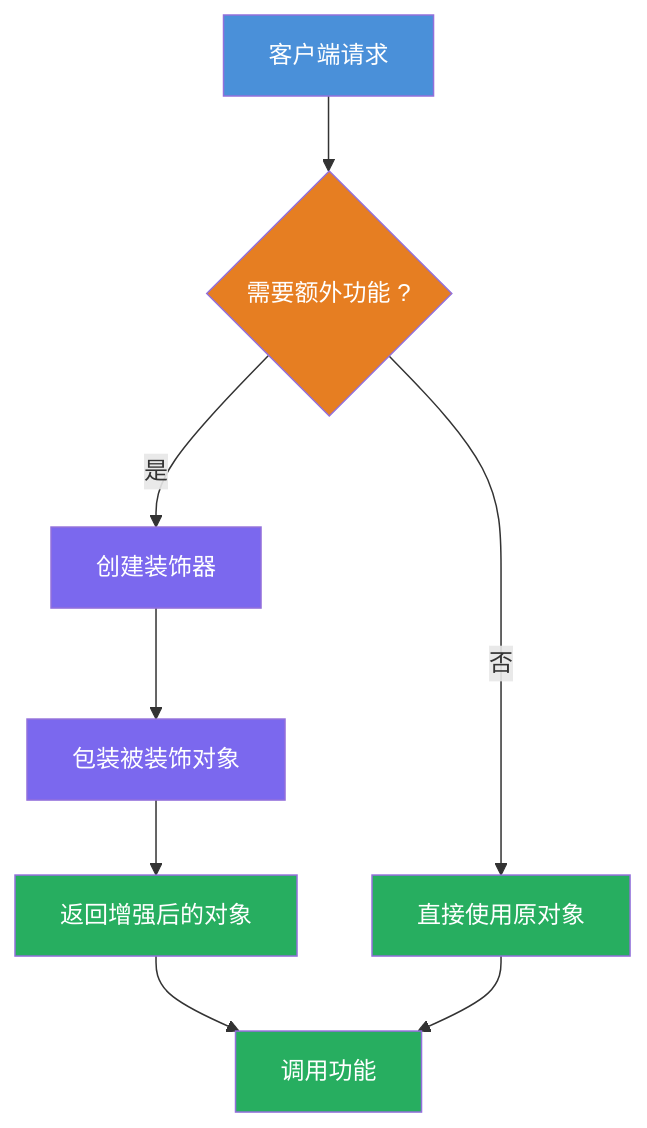
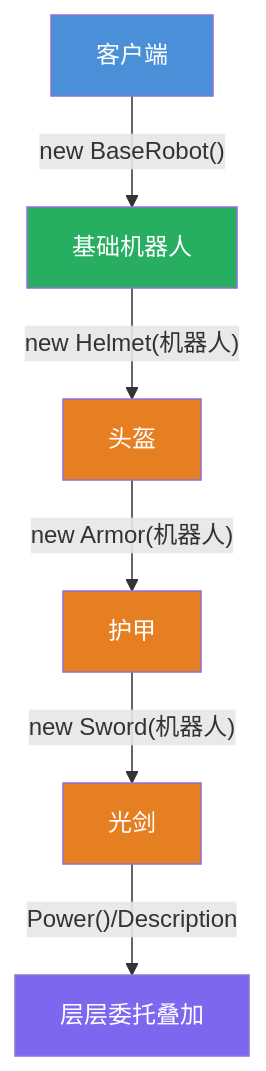
The second of 3 diagrams in DecoratorPattern/README.md (hollson/design_patterns), drawn with Mermaid before and after one commit. The commit also changed other lines of this file and 18 other files, not shown here.

````diff
--- a/DecoratorPattern/README.md
+++ b/DecoratorPattern/README.md
@@ -27,18 +87,15 @@
 ```mermaid
 flowchart TD
-    A["客户端请求"] --> B{"需要额外功能 ?"}
-    B -- 是 --> C["创建装饰器"]
-    C --> D["包装被装饰对象"]
-    D --> E["返回增强后的对象"]
-    B -- 否 --> F["直接使用原对象"]
-    E --> G["调用功能"]
-    F --> G
+    A["客户端"] -->|"new BaseRobot()"| B["基础机器人"]
+    B -->|"new Helmet(机器人)"| C["头盔"]
+    C -->|"new Armor(机器人)"| D["护甲"]
+    D -->|"new Sword(机器人)"| E["光剑"]
+    E -->|"Power()/Description"| F["层层委托叠加"]
 
     style A fill:#4A90D9,color:#fff
-    style B fill:#E67E22,color:#fff
-    style C fill:#7B68EE,color:#fff
-    style D fill:#7B68EE,color:#fff
-    style E fill:#27AE60,color:#fff
-    style F fill:#27AE60,color:#fff
-    style G fill:#27AE60,color:#fff
+    style B fill:#27AE60,color:#fff
+    style C fill:#E67E22,color:#fff
+    style D fill:#E67E22,color:#fff
+    style E fill:#E67E22,color:#fff
+    style F fill:#7B68EE,color:#fff
 ```
````
